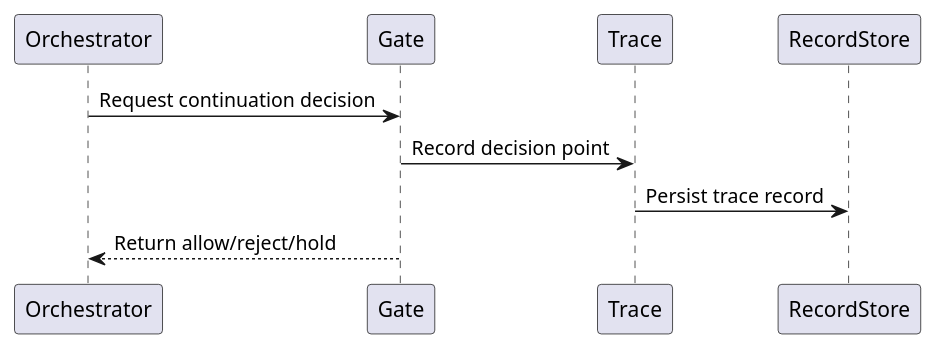
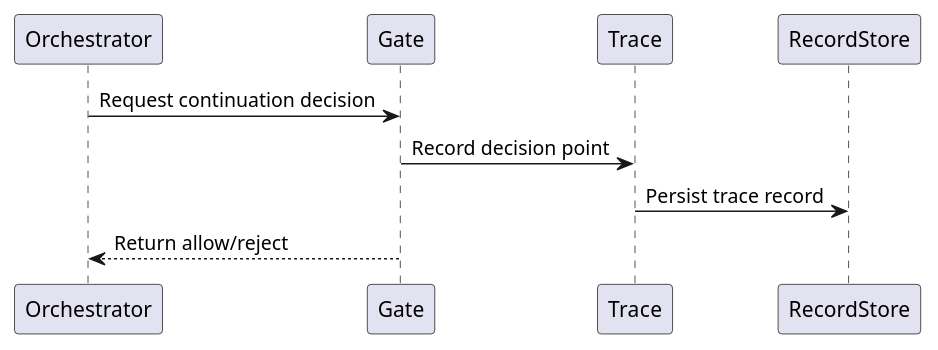
Before and after one commit to lucky-chen/ai_workflow_travel: the second of 4 diagrams in project_layer/docs/breakdown_docs/quality_control_design.md, drawn with PlantUML. The commit also changed other lines of this file and 16 other files, not shown here.

````diff
--- a/project_layer/docs/breakdown_docs/quality_control_design.md
+++ b/project_layer/docs/breakdown_docs/quality_control_design.md
@@ -89,13 +90,13 @@
 ```plantuml
 @startuml
 participant Orchestrator
 participant Gate
 participant Trace
 participant RecordStore
 
 Orchestrator -> Gate: Request continuation decision
 Gate -> Trace: Record decision point
 Trace -> RecordStore: Persist trace record
-Gate --> Orchestrator: Return allow/reject/hold
+Gate --> Orchestrator: Return allow/reject
 @enduml
 ```
````
